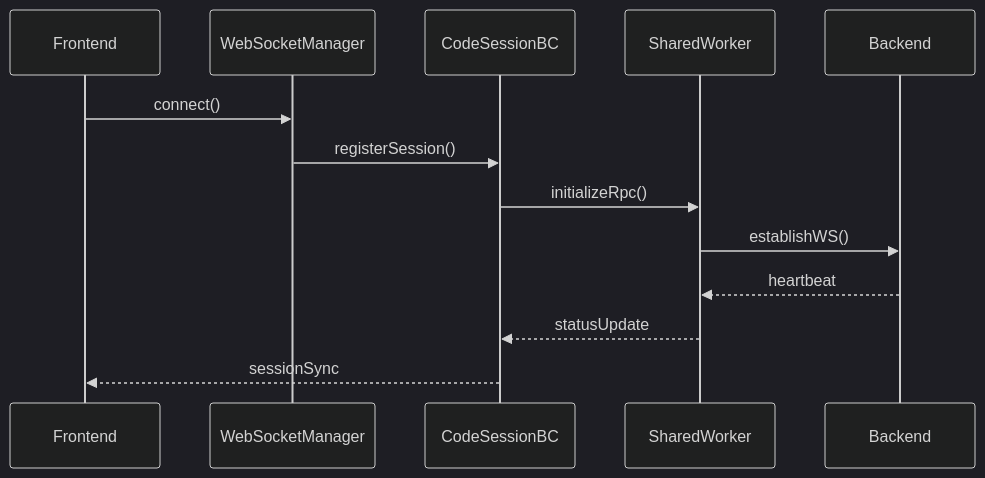
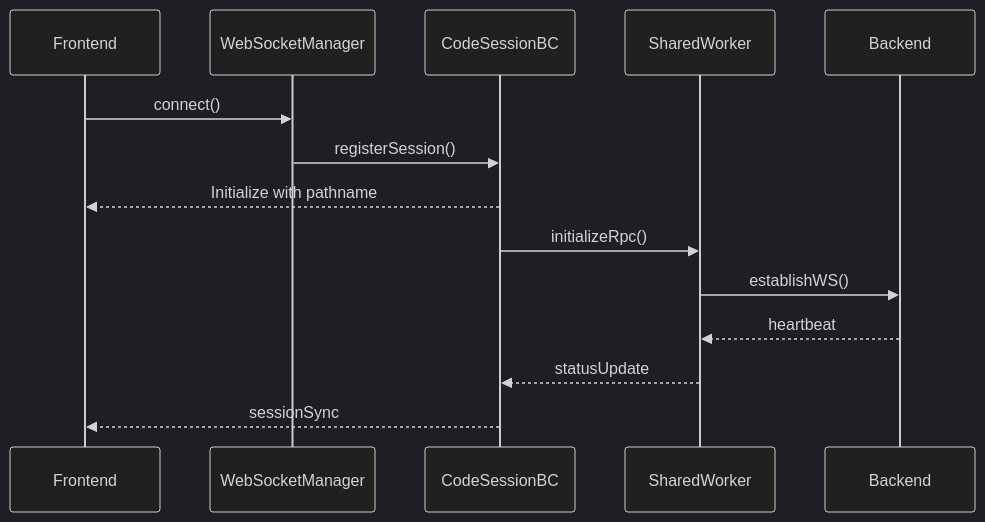
Before and after one commit to zerdos/spike.land: the second of 2 diagrams in docs/architecture/frontend.md, drawn with Mermaid (dark theme). The commit also changed other lines of this file and 1 other file, not shown here.

Commit message:
docs: update frontend architecture documentation to include routing capabilities and TanStack Router integration

````diff
--- a/docs/architecture/frontend.md
+++ b/docs/architecture/frontend.md
@@ -75,16 +164,17 @@
 ```mermaid
 sequenceDiagram
     participant Frontend
     participant WebSocketManager
     participant CodeSessionBC
     participant SharedWorker
     participant Backend
     
     Frontend->>WebSocketManager: connect()
     WebSocketManager->>CodeSessionBC: registerSession()
+    CodeSessionBC-->>Frontend: Initialize with pathname
     CodeSessionBC->>SharedWorker: initializeRpc()
     SharedWorker->>Backend: establishWS()
     Backend-->>SharedWorker: heartbeat
     SharedWorker-->>CodeSessionBC: statusUpdate
     CodeSessionBC-->>Frontend: sessionSync
 ```
````
